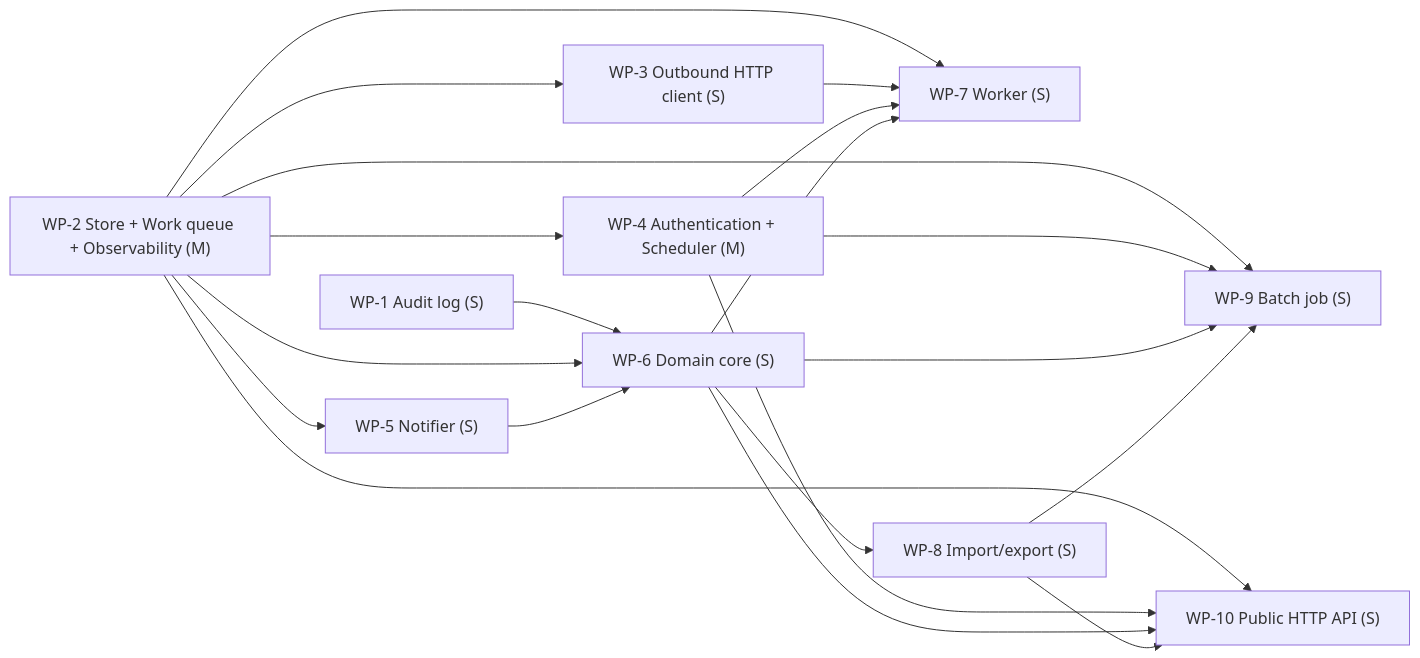
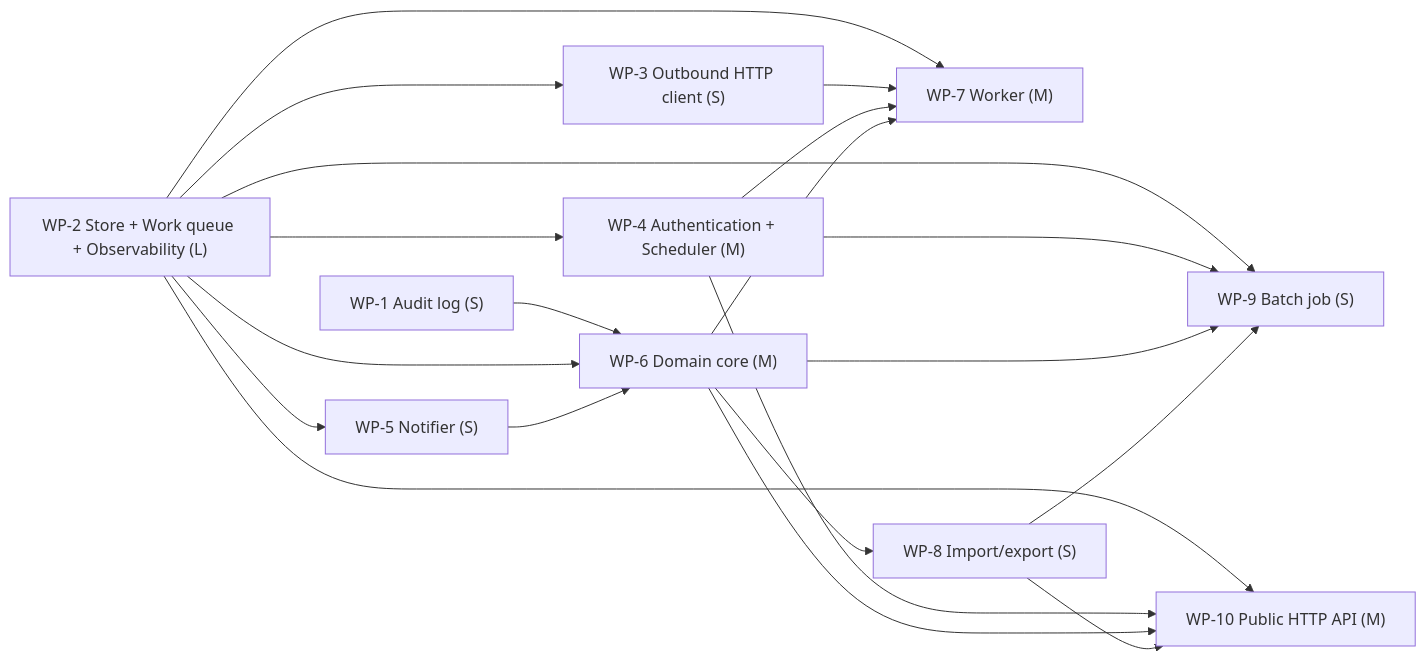
The fifth of 5 diagrams in examples/minimal/DESIGN.md (yui9696/sekkei), drawn with Mermaid before and after one commit. The commit also changed other lines of this file and 39 other files, not shown here.

````diff
--- a/examples/minimal/DESIGN.md
+++ b/examples/minimal/DESIGN.md
@@ -917,32 +921,32 @@
 ```mermaid
 graph LR
   WP_1["WP-1 Audit log (S)"]
-  WP_2["WP-2 Store + Work queue + Observability (M)"]
+  WP_2["WP-2 Store + Work queue + Observability (L)"]
   WP_3["WP-3 Outbound HTTP client (S)"]
   WP_4["WP-4 Authentication + Scheduler (M)"]
   WP_5["WP-5 Notifier (S)"]
-  WP_6["WP-6 Domain core (S)"]
-  WP_7["WP-7 Worker (S)"]
+  WP_6["WP-6 Domain core (M)"]
+  WP_7["WP-7 Worker (M)"]
   WP_8["WP-8 Import/export (S)"]
   WP_9["WP-9 Batch job (S)"]
-  WP_10["WP-10 Public HTTP API (S)"]
+  WP_10["WP-10 Public HTTP API (M)"]
   WP_2 --> WP_3
   WP_2 --> WP_4
   WP_2 --> WP_5
   WP_1 --> WP_6
   WP_2 --> WP_6
   WP_5 --> WP_6
   WP_2 --> WP_7
   WP_3 --> WP_7
   WP_4 --> WP_7
   WP_6 --> WP_7
   WP_6 --> WP_8
   WP_2 --> WP_9
   WP_4 --> WP_9
   WP_6 --> WP_9
   WP_8 --> WP_9
   WP_2 --> WP_10
   WP_4 --> WP_10
   WP_6 --> WP_10
   WP_8 --> WP_10
 ```
````
